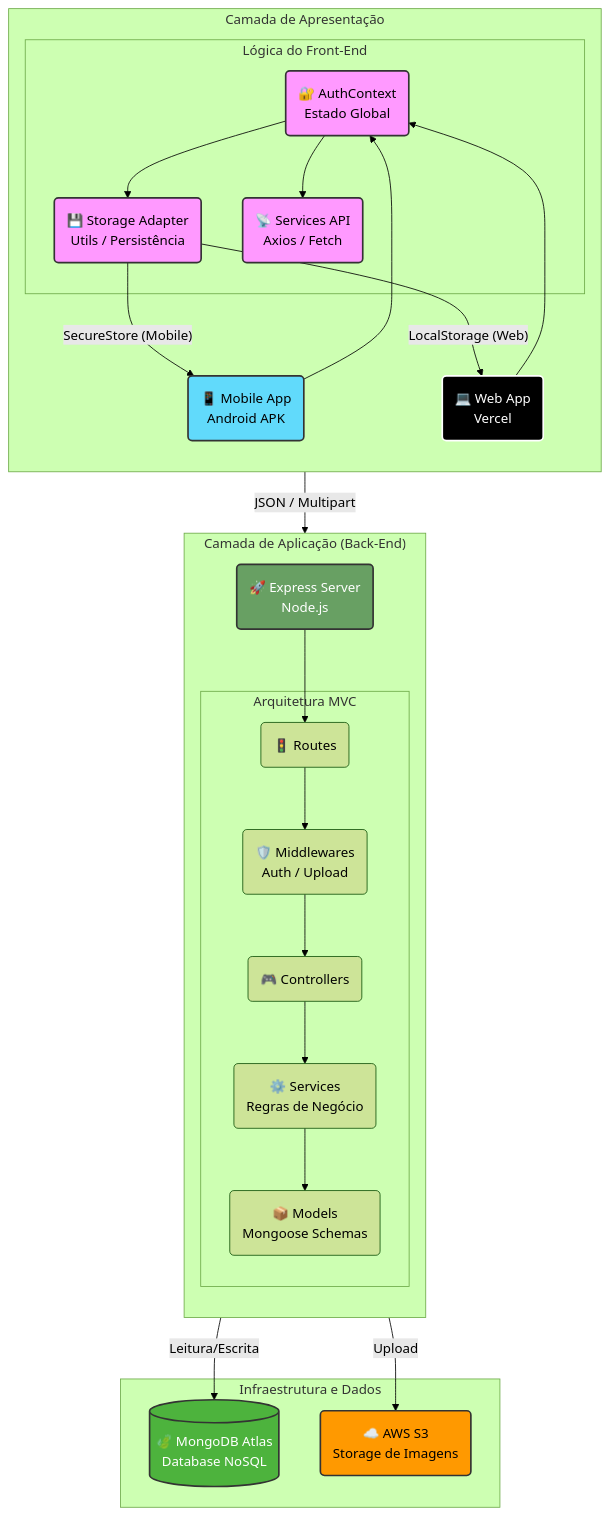
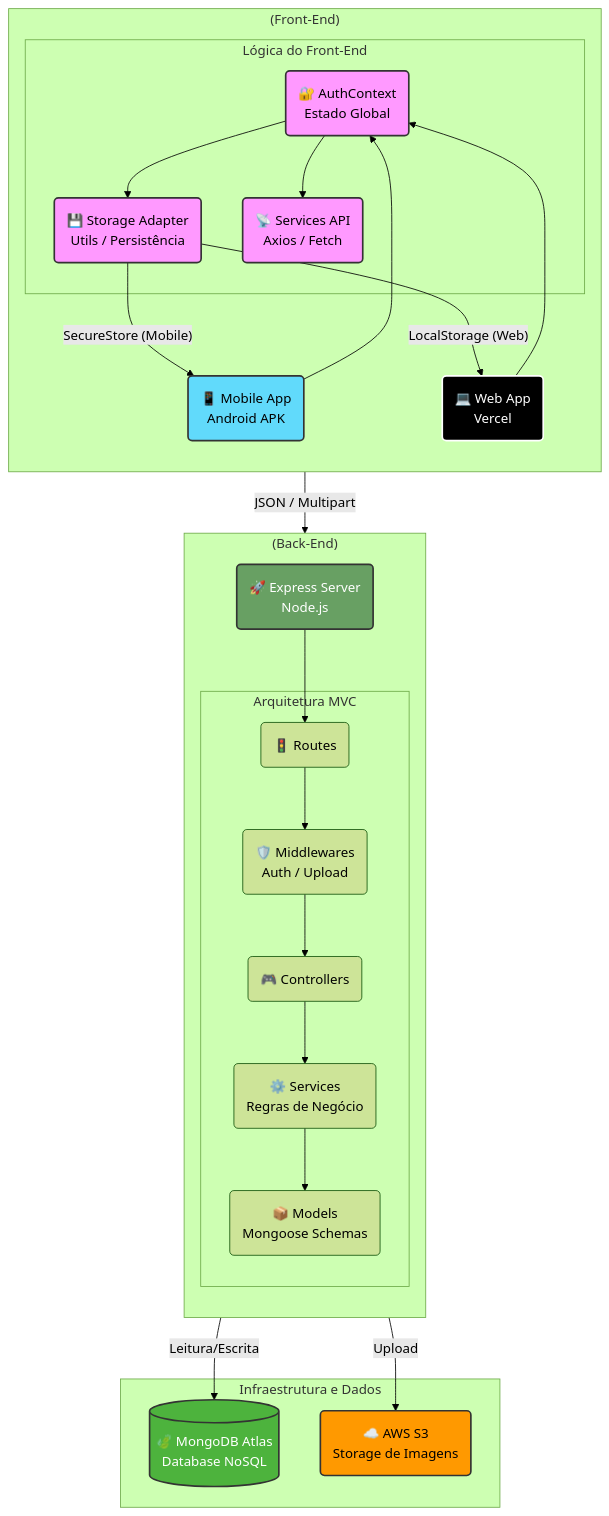
The first of 2 diagrams in README.md (RNanWP/TCC4-Learnify-RnMobile-FullStack), drawn with Mermaid (forest theme) before and after one commit.

Commit message:
Feat: Atualizando graph pela ultima vez, agora se ficar ruim ficou.

````diff
--- a/README.md
+++ b/README.md
@@ -82,62 +82,62 @@
 ```mermaid
     graph TD
     %% Estilos dos nós
     classDef mobile fill:#61DAFB,stroke:#333,stroke-width:2px,color:black;
     classDef web fill:#000,stroke:#fff,stroke-width:2px,color:white;
     classDef backend fill:#68A063,stroke:#333,stroke-width:2px,color:white;
     classDef db fill:#4DB33D,stroke:#333,stroke-width:2px,color:white;
     classDef cloud fill:#FF9900,stroke:#333,stroke-width:2px,color:black;
     classDef context fill:#f9f,stroke:#333,stroke-width:2px,color:black;
 
-    subgraph Clientes ["       Camada de Apresentação "]
+    subgraph Clientes ["       (Front-End)       "]
         direction TB
         MobileApp("      📱 Mobile App      <br/>Android APK"):::mobile
         WebApp("      💻 Web App      <br/>Vercel"):::web
 
         subgraph Core ["      Lógica do Front-End      "]
             AuthContext("      🔐 AuthContext      <br/>Estado Global"):::context
             Storage("      💾 Storage Adapter      <br/>Utils / Persistência"):::context
             Axios("      📡 Services API      <br/>Axios / Fetch"):::context
         end
     end
 
-    subgraph Servidor ["       Camada de Aplicação (Back-End)       "]
+    subgraph Servidor ["       (Back-End)       "]
         direction TB
         API("      🚀 Express Server      <br/>Node.js"):::backend
 
         subgraph MVC ["      Arquitetura MVC      "]
             Router("   🚦 Routes   ")
             Middlewares("      🛡️ Middlewares      <br/>Auth / Upload")
             Controllers("   🎮 Controllers   ")
             Services("      ⚙️ Services      <br/>Regras de Negócio")
             Models("      📦 Models      <br/>Mongoose Schemas")
         end
     end
 
     subgraph Infra ["       Infraestrutura e Dados       "]
         MongoDB[("      🍃 MongoDB Atlas      <br/>Database NoSQL")]:::db
         AWS_S3("      ☁️ AWS S3      <br/>Storage de Imagens"):::cloud
     end
 
     %% Relacionamentos
     MobileApp --> AuthContext
     WebApp --> AuthContext
 
     AuthContext --> Storage
     AuthContext --> Axios
 
     Storage -- "SecureStore (Mobile)" --> MobileApp
     Storage -- "LocalStorage (Web)" --> WebApp
 
     Axios -- "JSON / Multipart" --> API
 
     API --> Router
     Router --> Middlewares
     Middlewares --> Controllers
 
     Controllers --> Services
     Services --> Models
 
     Models -- "Leitura/Escrita" --> MongoDB
     Middlewares -- "Upload" --> AWS_S3
 ```
````
